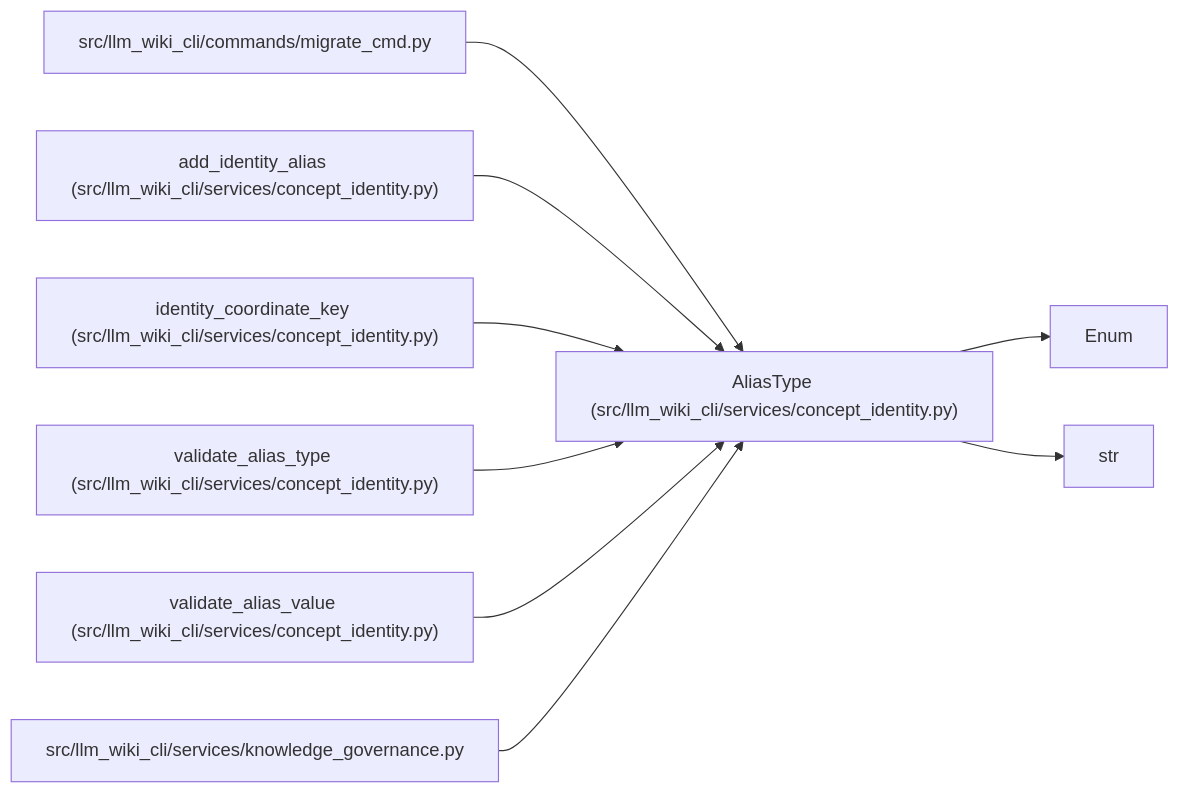
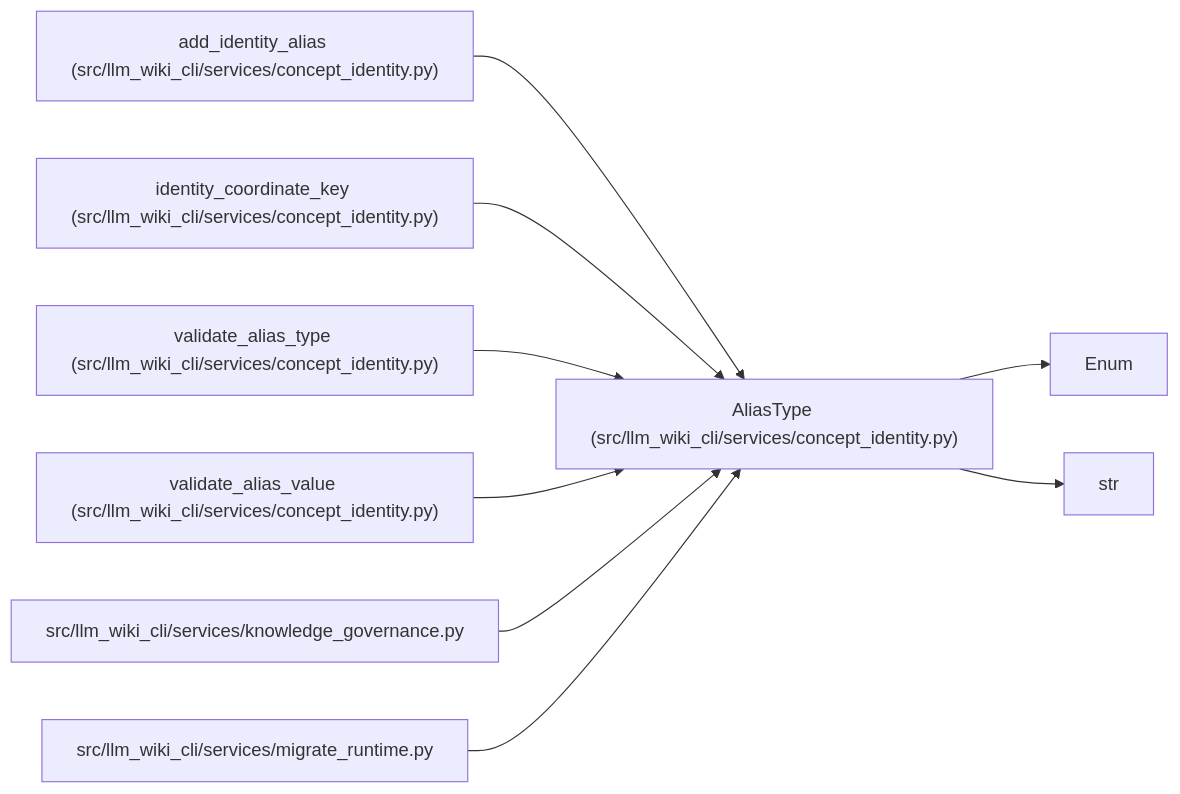
The diagram in docs/llm_wiki/entities/AliasType.md (Denissvgn/python-wiki-llm), drawn with Mermaid before and after one commit. The commit also changed other lines of this file and 1555 other files, not shown here.

````diff
--- a/docs/llm_wiki/entities/AliasType.md
+++ b/docs/llm_wiki/entities/AliasType.md
@@ -26,27 +26,27 @@
 ```mermaid
 flowchart LR
     n0["AliasType (src/llm_wiki_cli/services/concept_identity.py)"]
     n1["Enum"]
     n2["str"]
-    n3["src/llm_wiki_cli/commands/migrate_cmd.py"]
-    n4["add_identity_alias (src/llm_wiki_cli/services/concept_identity.py)"]
-    n5["identity_coordinate_key (src/llm_wiki_cli/services/concept_identity.py)"]
-    n6["validate_alias_type (src/llm_wiki_cli/services/concept_identity.py)"]
-    n7["validate_alias_value (src/llm_wiki_cli/services/concept_identity.py)"]
-    n8["src/llm_wiki_cli/services/knowledge_governance.py"]
+    n3["add_identity_alias (src/llm_wiki_cli/services/concept_identity.py)"]
+    n4["identity_coordinate_key (src/llm_wiki_cli/services/concept_identity.py)"]
+    n5["validate_alias_type (src/llm_wiki_cli/services/concept_identity.py)"]
+    n6["validate_alias_value (src/llm_wiki_cli/services/concept_identity.py)"]
+    n7["src/llm_wiki_cli/services/knowledge_governance.py"]
+    n8["src/llm_wiki_cli/services/migrate_runtime.py"]
     n0 --> n1
     n0 --> n2
     n3 --> n0
     n4 --> n0
     n5 --> n0
     n6 --> n0
     n7 --> n0
     n8 --> n0
     click n0 "../modules/concept_identity.md"
-    click n3 "../modules/migrate_cmd.md"
+    click n3 "../modules/concept_identity.md"
     click n4 "../modules/concept_identity.md"
     click n5 "../modules/concept_identity.md"
     click n6 "../modules/concept_identity.md"
-    click n7 "../modules/concept_identity.md"
-    click n8 "../modules/knowledge_governance.md"
+    click n7 "../modules/knowledge_governance.md"
+    click n8 "../modules/migrate_runtime.md"
 ```
````
